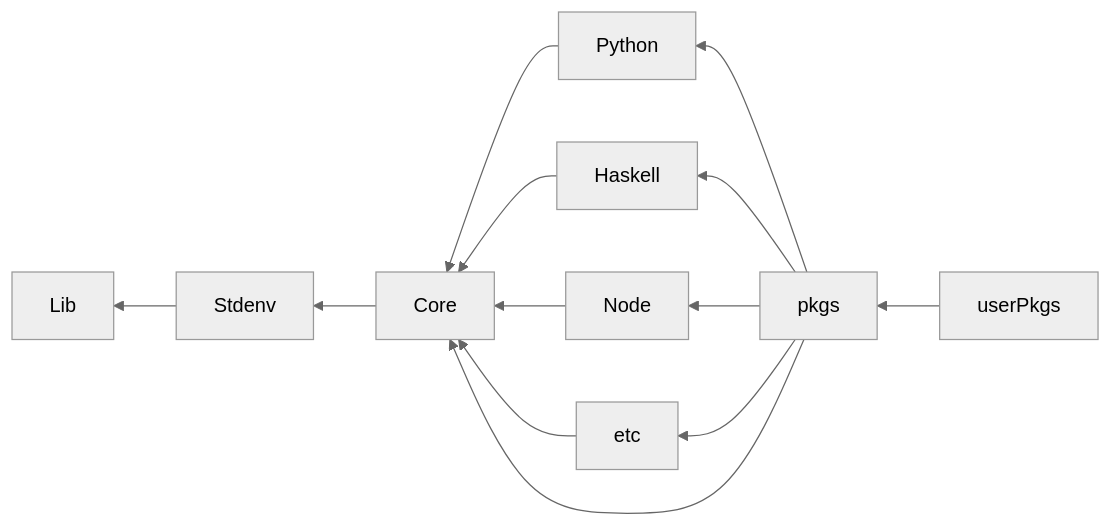
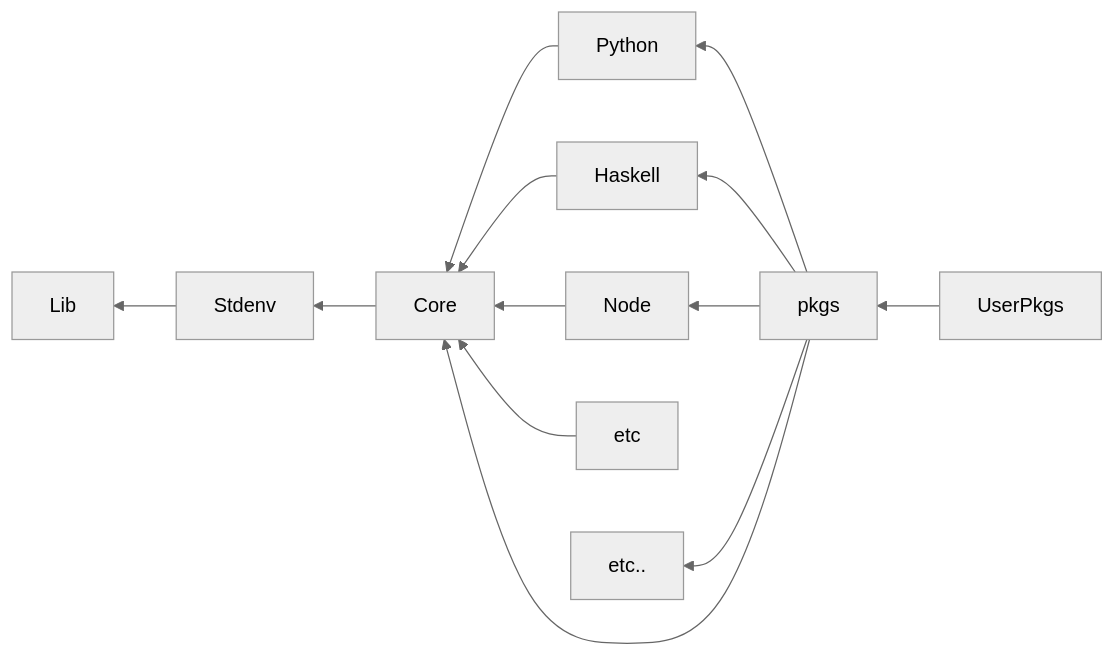
One commit to jonringer/poly-repo-roadmap changed the diagram in README.md. Above: the diagram before and after it, drawn with Mermaid (neutral theme).

````diff
--- a/README.md
+++ b/README.md
@@ -20,15 +20,15 @@
 ```mermaid
 flowchart RL
     Stdenv --> Lib
     Core --> Stdenv
     Python --> Core
     Haskell --> Core
     Node --> Core
     etc --> Core
     pkgs --> Core
     pkgs --> Python
     pkgs --> Haskell
     pkgs --> Node
-    pkgs --> etc
-    userPkgs --> pkgs
+    pkgs --> etc..
+    UserPkgs --> pkgs
 ```
````
